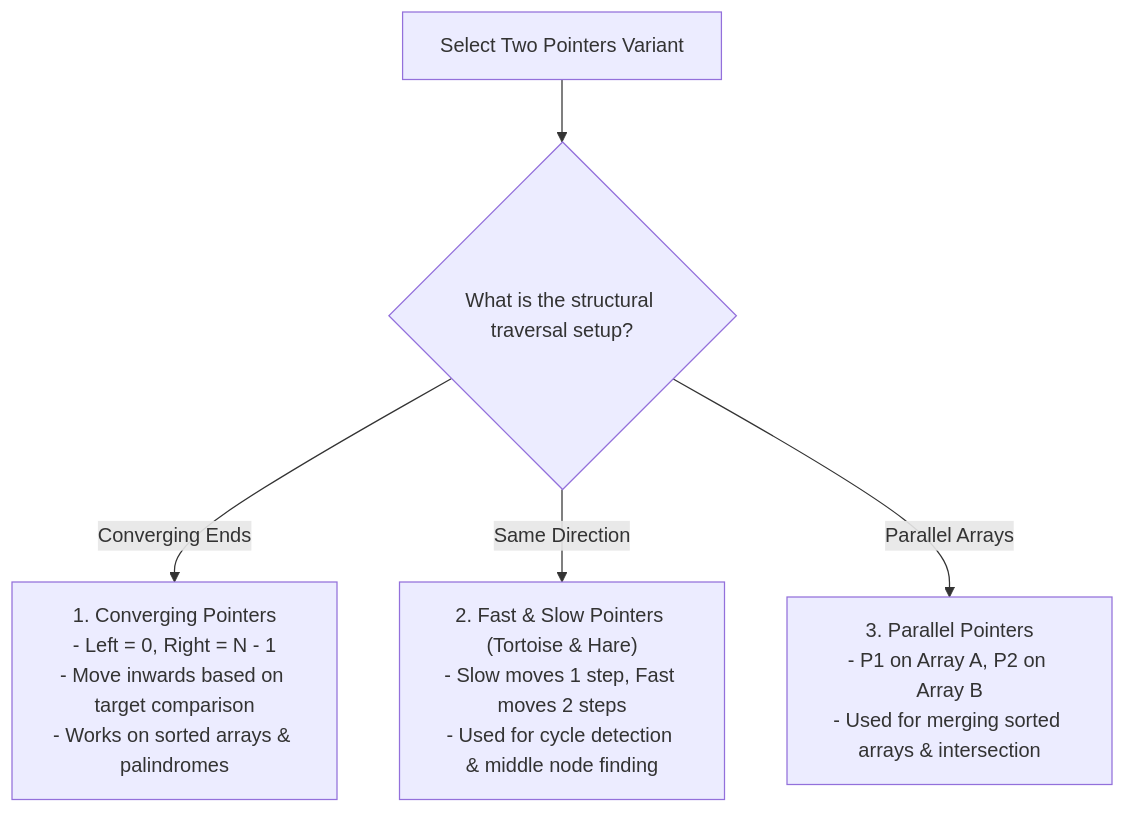
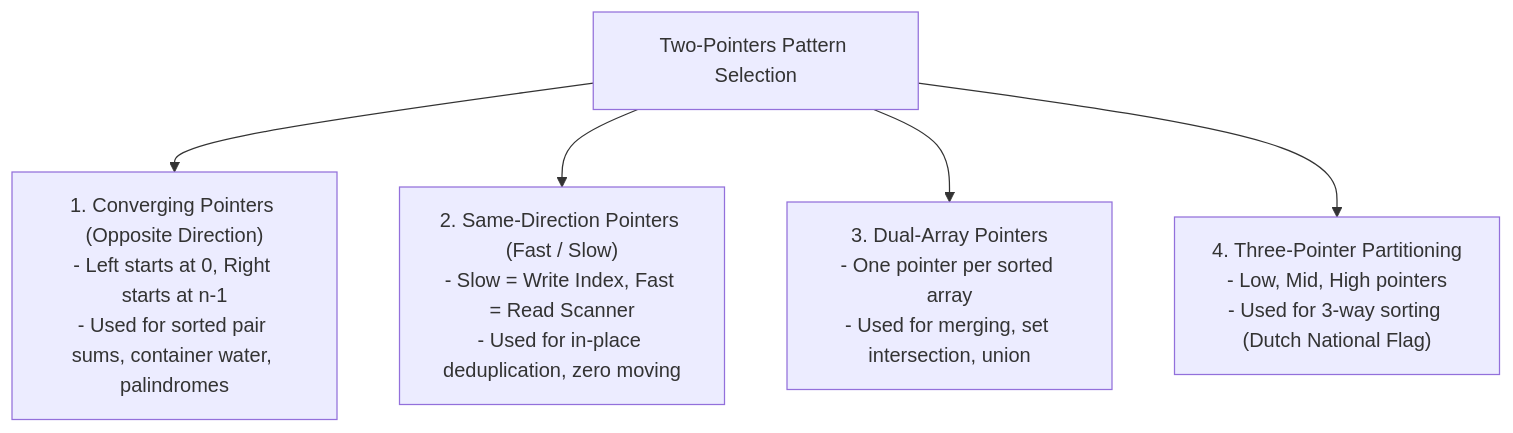
The diagram in js-dsa/19-two-pointers.md (Amie-dev/engineering-playbook), drawn with Mermaid before and after one commit. The commit also changed other lines of this file and 24 other files, not shown here.

````diff
--- a/js-dsa/19-two-pointers.md
+++ b/js-dsa/19-two-pointers.md
@@ -13,10 +7,10 @@
 ```mermaid
 flowchart TD
-    PointerPattern[Select Two Pointers Variant] --> VariantChoice{What is the structural traversal setup?}
-
-    VariantChoice -- Converging Ends --> Converging["1. Converging Pointers<br/>- Left = 0, Right = N - 1<br/>- Move inwards based on target comparison<br/>- Works on sorted arrays & palindromes"]
-
-    VariantChoice -- Same Direction --> FastSlow["2. Fast & Slow Pointers (Tortoise & Hare)<br/>- Slow moves 1 step, Fast moves 2 steps<br/>- Used for cycle detection & middle node finding"]
-
-    VariantChoice -- Parallel Arrays --> Parallel["3. Parallel Pointers<br/>- P1 on Array A, P2 on Array B<br/>- Used for merging sorted arrays & intersection"]
+    PatternChoice[Two-Pointers Pattern Selection] --> Converging["1. Converging Pointers (Opposite Direction)<br/>- Left starts at 0, Right starts at n-1<br/>- Used for sorted pair sums, container water, palindromes"]
+    
+    PatternChoice --> SameDirection["2. Same-Direction Pointers (Fast / Slow)<br/>- Slow = Write Index, Fast = Read Scanner<br/>- Used for in-place deduplication, zero moving"]
+    
+    PatternChoice --> TwoArrays["3. Dual-Array Pointers<br/>- One pointer per sorted array<br/>- Used for merging, set intersection, union"]
+    
+    PatternChoice --> ThreePointers["4. Three-Pointer Partitioning<br/>- Low, Mid, High pointers<br/>- Used for 3-way sorting (Dutch National Flag)"]
 ```
````
